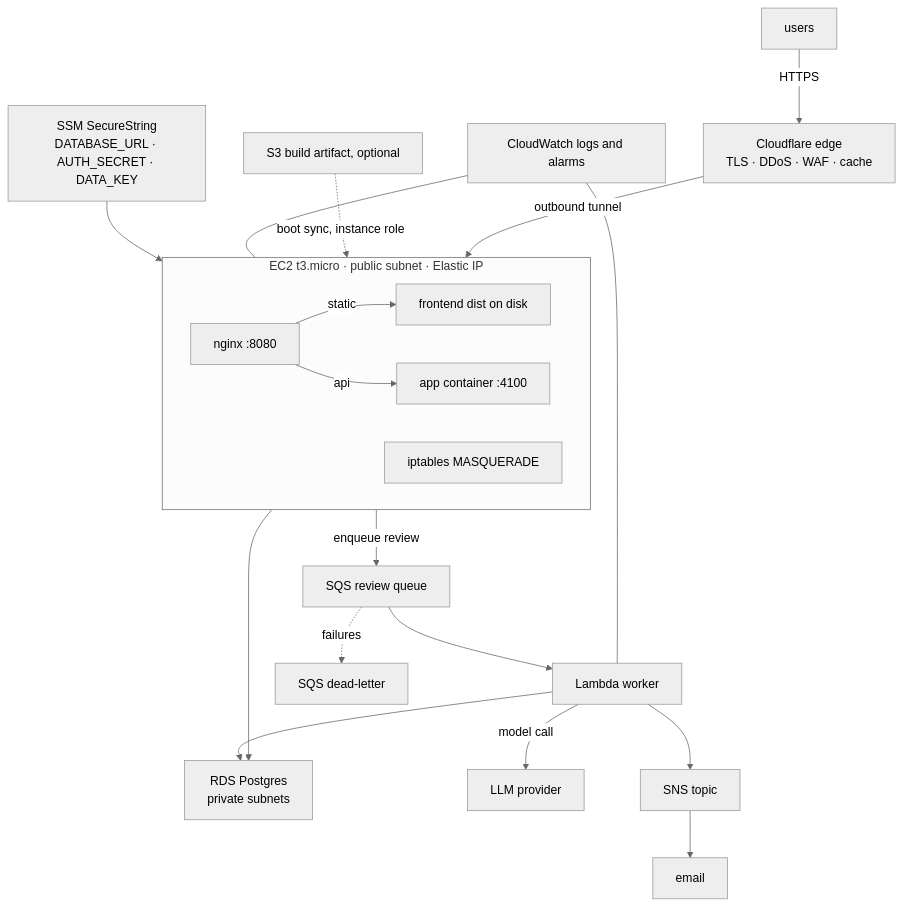
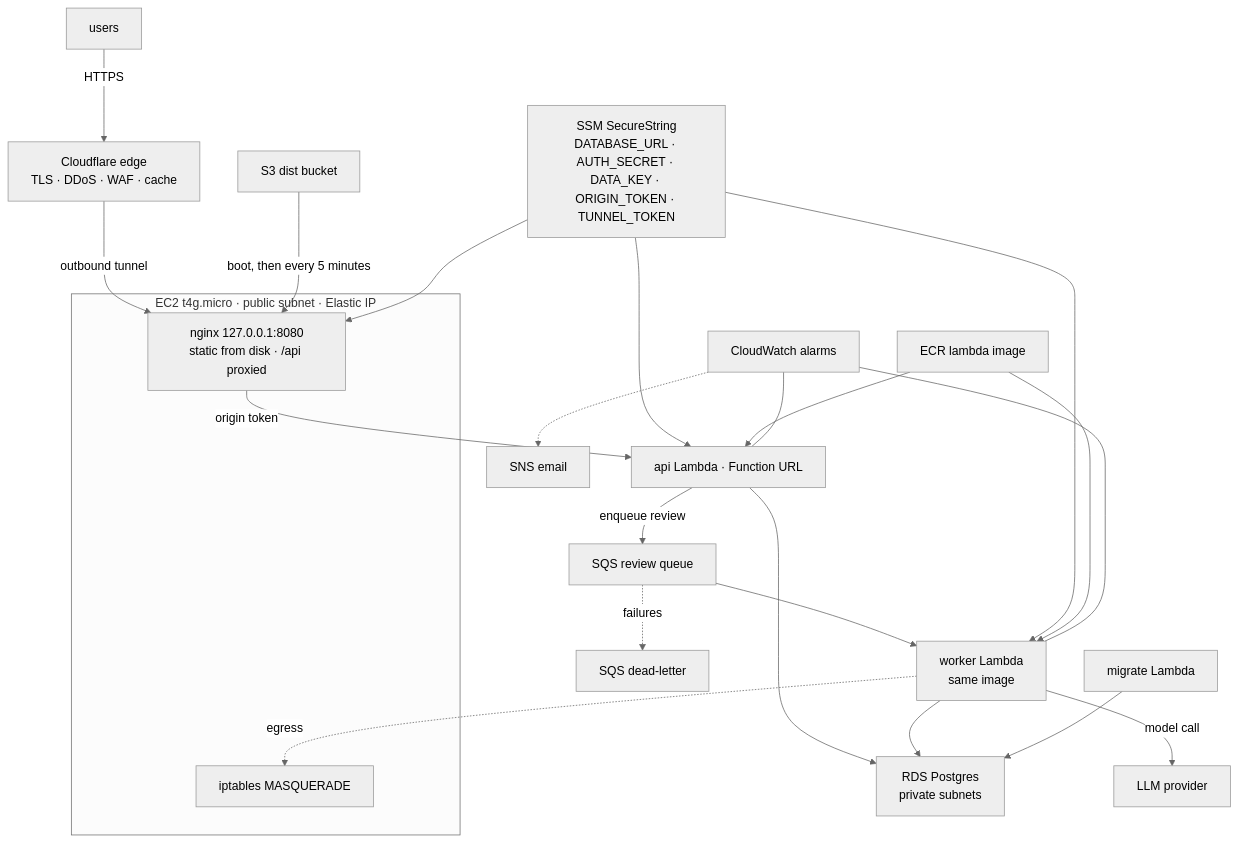
The diagram in AWS.md (notseekeru/sesume), drawn with Mermaid (neutral theme) before and after one commit. The commit also changed other lines of this file, not shown here.

Commit message:
docs(aws): describe the edge and lambda stack

````diff
--- a/AWS.md
+++ b/AWS.md
@@ -5,26 +3,29 @@
 ```mermaid
 flowchart TD
   U["users"] -->|HTTPS| CF["Cloudflare edge<br/>TLS · DDoS · WAF · cache"]
-  CF -->|outbound tunnel| G
+  CF -->|outbound tunnel| N
 
-  subgraph G["EC2 t3.micro · public subnet · Elastic IP"]
-    direction LR
-    N["nginx :8080"] -->|static| D["frontend dist on disk"]
-    N -->|api| A["app container :4100"]
+  subgraph E["EC2 t4g.micro · public subnet · Elastic IP"]
     NAT["iptables MASQUERADE"]
+    N["nginx 127.0.0.1:8080<br/>static from disk · /api proxied"]
   end
 
+  B["S3 dist bucket"] -->|boot, then every 5 minutes| N
+  N -->|origin token| A["api Lambda · Function URL"]
   A --> DB["RDS Postgres<br/>private subnets"]
   A -->|enqueue review| Q["SQS review queue"]
-  Q --> L["Lambda worker"]
+  Q --> L["worker Lambda<br/>same image"]
   Q -.->|failures| DLQ["SQS dead-letter"]
   L -->|model call| LLM["LLM provider"]
   L --> DB
-  L --> S["SNS topic"]
-  S --> M["email"]
-
-  P["SSM SecureString<br/>DATABASE_URL · AUTH_SECRET · DATA_KEY"] --> A
-  CW["CloudWatch logs and alarms"] --- A
+  L -.->|egress| NAT
+  M["migrate Lambda"] --> DB
+  P["SSM SecureString<br/>DATABASE_URL · AUTH_SECRET · DATA_KEY · ORIGIN_TOKEN · TUNNEL_TOKEN"] --> A
+  P --> L
+  P --> N
+  R["ECR lambda image"] --> A
+  R --> L
+  CW["CloudWatch alarms"] -.-> S["SNS email"]
+  CW --- A
   CW --- L
-  B["S3 build artifact, optional"] -.->|boot sync, instance role| D
 ```
````
